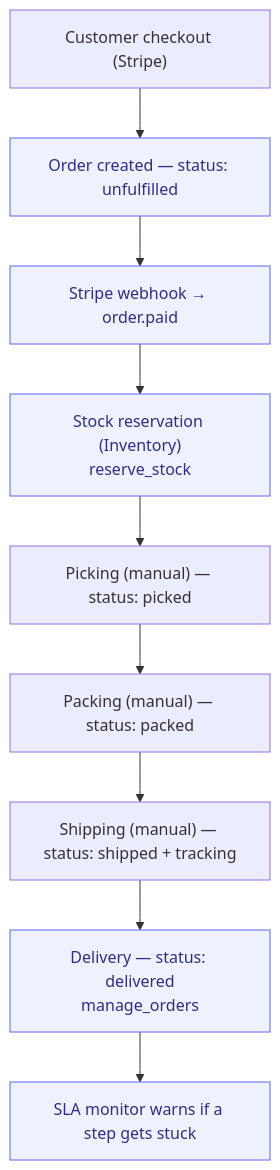
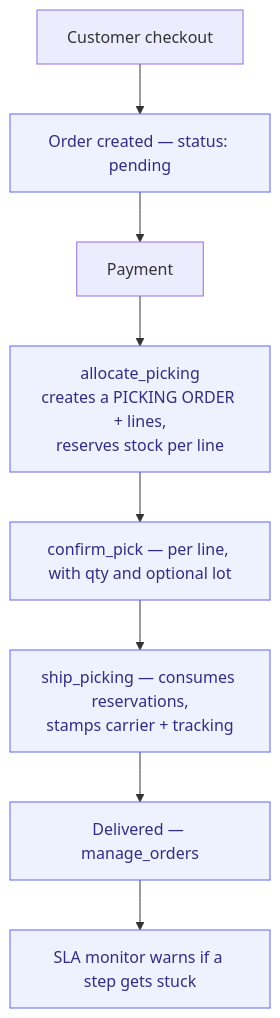
One commit to flowwink/flowwink changed the diagram in docs/processes/order-to-delivery.md. Above: the diagram before and after it, drawn with Mermaid. The commit also changed other lines of this file and 3 other files, not shown here.

````diff
--- a/docs/processes/order-to-delivery.md
+++ b/docs/processes/order-to-delivery.md
@@ -33,14 +33,13 @@
 ```mermaid
 flowchart TD
-    A["Customer checkout (Stripe)"] --> B["Order created — status: unfulfilled"]
-    B --> C["Stripe webhook → order.paid"]
-    C --> D["Stock reservation (Inventory)<br/>reserve_stock"]
-    D --> E["Picking (manual) — status: picked"]
-    E --> F["Packing (manual) — status: packed"]
-    F --> G["Shipping (manual) — status: shipped + tracking"]
-    G --> H["Delivery — status: delivered<br/>manage_orders"]
-    H --> I["SLA monitor warns if a step gets stuck"]
+    A["Customer checkout"] --> B["Order created — status: pending"]
+    B --> C["Payment"]
+    C --> D["allocate_picking<br/>creates a PICKING ORDER + lines,<br/>reserves stock per line"]
+    D --> E["confirm_pick — per line, with qty and optional lot"]
+    E --> F["ship_picking — consumes reservations,<br/>stamps carrier + tracking"]
+    F --> G["Delivered — manage_orders"]
+    G --> H["SLA monitor warns if a step gets stuck"]
 
     classDef agent fill:#eef2ff,stroke:#6366f1,color:#312e81;
-    class B,C,D,H,I agent
+    class B,D,E,F,G,H agent
 ```
````
